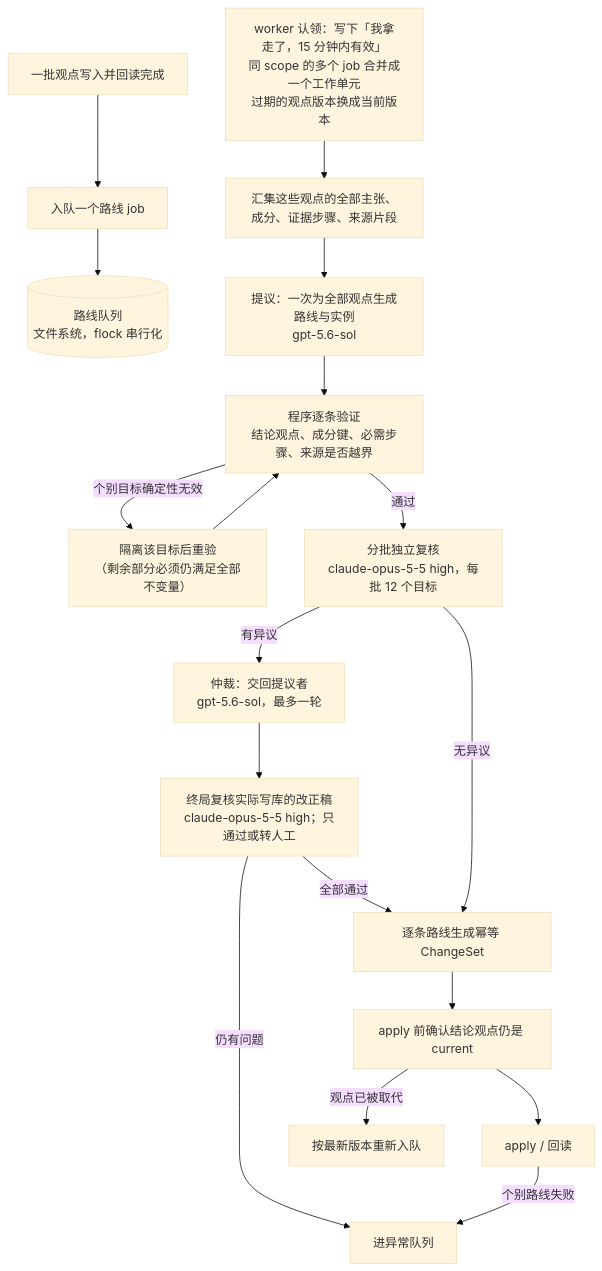
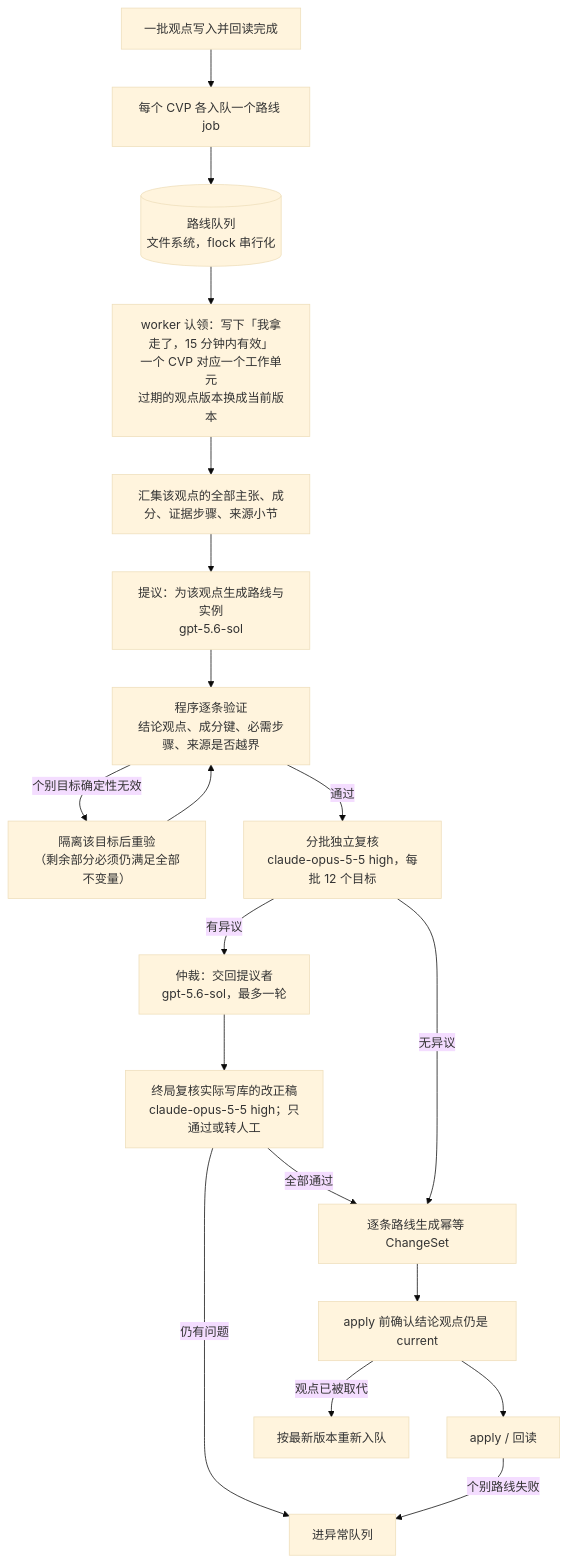
Before and after one commit to junyang168/smart-answer: the fourth of 4 diagrams in docs/wang-knowledge-platform/20-knowledge/canonical_viewpoint_design.md, drawn with Mermaid (base theme). The commit also changed other lines of this file and 8 other files, not shown here.

Commit message:
Scope argument route jobs to one CVP

````diff
--- a/docs/wang-knowledge-platform/20-knowledge/canonical_viewpoint_design.md
+++ b/docs/wang-knowledge-platform/20-knowledge/canonical_viewpoint_design.md
@@ -256,21 +256,22 @@
 ```mermaid
 flowchart TD
-    A["一批观点写入并回读完成"] --> J["入队一个路线 job"]
+    A["一批观点写入并回读完成"] --> J["每个 CVP 各入队一个路线 job"]
     J --> QQ[("路线队列<br/>文件系统，flock 串行化")]
-    CL["worker 认领：写下「我拿走了，15 分钟内有效」<br/>同 scope 的多个 job 合并成一个工作单元<br/>过期的观点版本换成当前版本"]
-    CL --> G["汇集这些观点的全部主张、成分、证据步骤、来源片段"]
-    G --> P["提议：一次为全部观点生成路线与实例<br/>gpt-5.6-sol"]
+    QQ --> CL
+    CL["worker 认领：写下「我拿走了，15 分钟内有效」<br/>一个 CVP 对应一个工作单元<br/>过期的观点版本换成当前版本"]
+    CL --> G["汇集该观点的全部主张、成分、证据步骤、来源小节"]
+    G --> P["提议：为该观点生成路线与实例<br/>gpt-5.6-sol"]
     P --> V["程序逐条验证<br/>结论观点、成分键、必需步骤、来源是否越界"]
     V -->|"个别目标确定性无效"| I["隔离该目标后重验<br/>（剩余部分必须仍满足全部不变量）"]
     I --> V
     V -->|"通过"| R["分批独立复核<br/>claude-opus-5-5 high，每批 12 个目标"]
     R -->|"有异议"| C["仲裁：交回提议者<br/>gpt-5.6-sol，最多一轮"]
     C --> FR["终局复核实际写库的改正稿<br/>claude-opus-5-5 high；只通过或转人工"]
     FR -->|"全部通过"| W
     FR -->|"仍有问题"| E
     R -->|"无异议"| W["逐条路线生成幂等 ChangeSet"]
     W --> K["apply 前确认结论观点仍是 current"]
     K --> RB["apply / 回读"]
     K -->|"观点已被取代"| Q["按最新版本重新入队"]
     RB -->|"个别路线失败"| E["进异常队列"]
 ```
````
